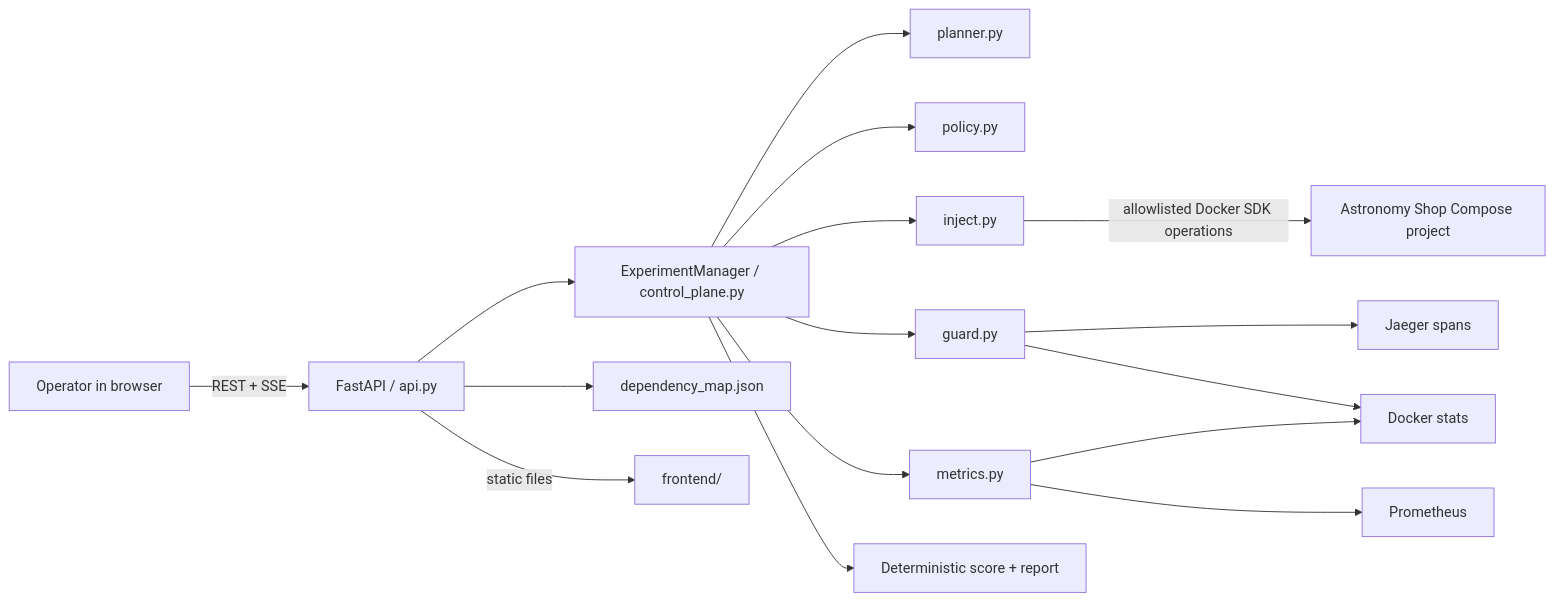
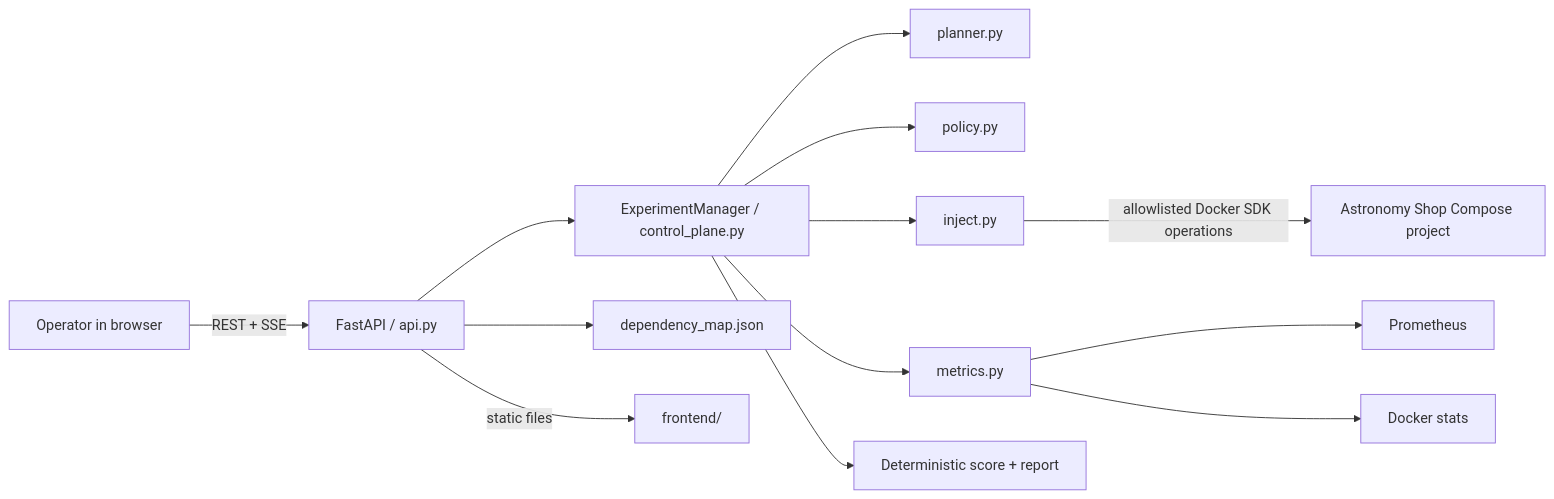
One commit to RheaDeepak/Team-9---Bosch-Hackathon changed the diagram in INTEGRATION_REPORT.md. Above: the diagram before and after it, drawn with Mermaid. The commit also changed other lines of this file and 9 other files, not shown here.

````diff
--- a/INTEGRATION_REPORT.md
+++ b/INTEGRATION_REPORT.md
@@ -33,18 +33,15 @@
 ```mermaid
 flowchart LR
     U[Operator in browser] -->|REST + SSE| A[FastAPI / api.py]
     A --> C[ExperimentManager / control_plane.py]
     C --> P[planner.py]
     C --> S[policy.py]
     C --> I[inject.py]
-    C --> G[guard.py]
-    G --> J[Jaeger spans]
-    G --> DK[Docker health]
     C --> M[metrics.py]
     I -->|allowlisted Docker SDK operations| D[Astronomy Shop Compose project]
     M --> PR[Prometheus]
     M --> DK[Docker stats]
     A --> T[dependency_map.json]
     C --> R[Deterministic score + report]
     A -->|static files| F[frontend/]
 ```
````
